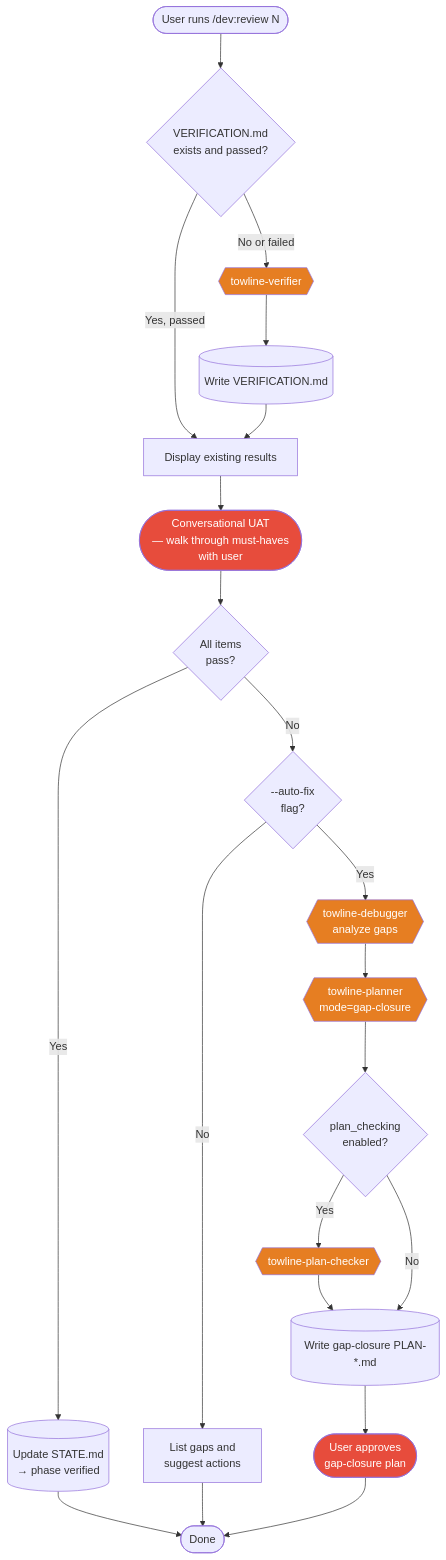
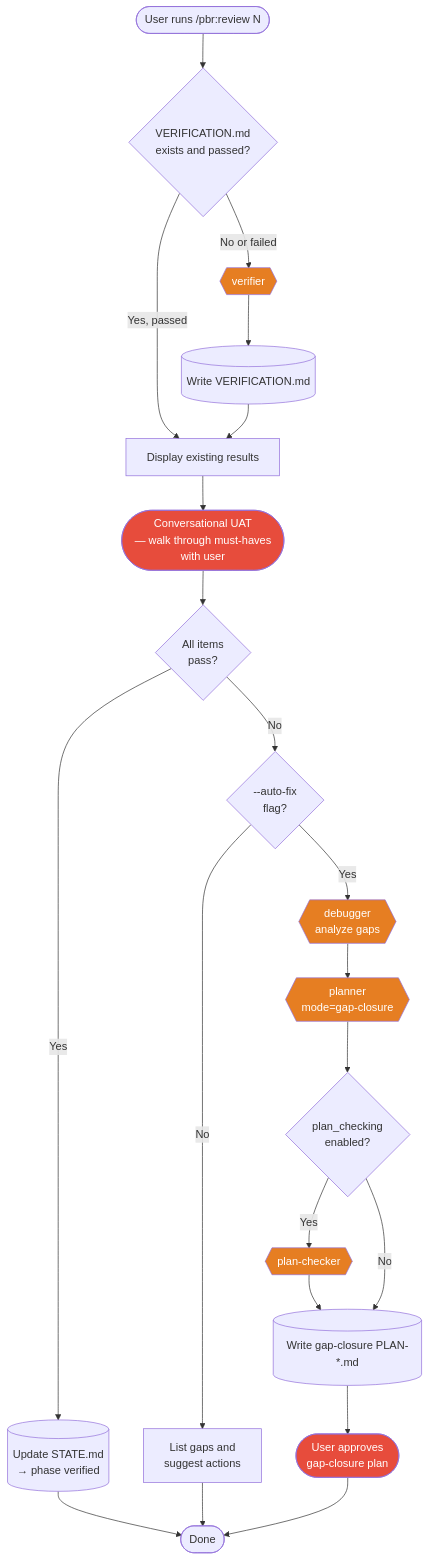
Before and after one commit to SienkLogic/plan-build-run: the fifth of 14 diagrams in docs/ARCHITECTURE.md, drawn with Mermaid. The commit also changed other lines of this file and 358 other files, not shown here.

First line of the commit message:
feat(tools): rebrand towline to plan-build-run

````diff
--- a/docs/ARCHITECTURE.md
+++ b/docs/ARCHITECTURE.md
@@ -242,41 +242,41 @@
 ```mermaid
 flowchart TD
-    Start([User runs /dev:review N]) --> CheckExisting{VERIFICATION.md<br/>exists and passed?}
+    Start([User runs /pbr:review N]) --> CheckExisting{VERIFICATION.md<br/>exists and passed?}
 
     CheckExisting -->|Yes, passed| ShowResults[Display existing results]
-    CheckExisting -->|No or failed| SpawnVerifier{{towline-verifier}}
+    CheckExisting -->|No or failed| SpawnVerifier{{verifier}}
 
     SpawnVerifier --> VerifyOut[(Write VERIFICATION.md)]
     VerifyOut --> ShowResults
 
     ShowResults --> UAT([Conversational UAT<br/>— walk through must-haves<br/>with user])
 
     UAT --> UATResult{All items<br/>pass?}
 
     UATResult -->|Yes| MarkComplete[("Update STATE.md<br/>→ phase verified")]
     UATResult -->|No| AutoFixCheck{--auto-fix<br/>flag?}
 
     AutoFixCheck -->|No| ListGaps[List gaps and<br/>suggest actions]
     ListGaps --> Done([Done])
 
-    AutoFixCheck -->|Yes| Debug{{towline-debugger<br/>analyze gaps}}
+    AutoFixCheck -->|Yes| Debug{{debugger<br/>analyze gaps}}
 
-    Debug --> GapPlan{{towline-planner<br/>mode=gap-closure}}
+    Debug --> GapPlan{{planner<br/>mode=gap-closure}}
 
     GapPlan --> GapPlanCheck{plan_checking<br/>enabled?}
-    GapPlanCheck -->|Yes| GapChecker{{towline-plan-checker}}
+    GapPlanCheck -->|Yes| GapChecker{{plan-checker}}
     GapPlanCheck -->|No| GapPlanOut
 
     GapChecker --> GapPlanOut[(Write gap-closure PLAN-*.md)]
     GapPlanOut --> UserApproval([User approves<br/>gap-closure plan])
 
     MarkComplete --> Done([Done])
     UserApproval --> Done
 
     style SpawnVerifier fill:#e67e22,color:#fff
     style Debug fill:#e67e22,color:#fff
     style GapPlan fill:#e67e22,color:#fff
     style GapChecker fill:#e67e22,color:#fff
     style UAT fill:#e74c3c,color:#fff
     style UserApproval fill:#e74c3c,color:#fff
 ```
````
